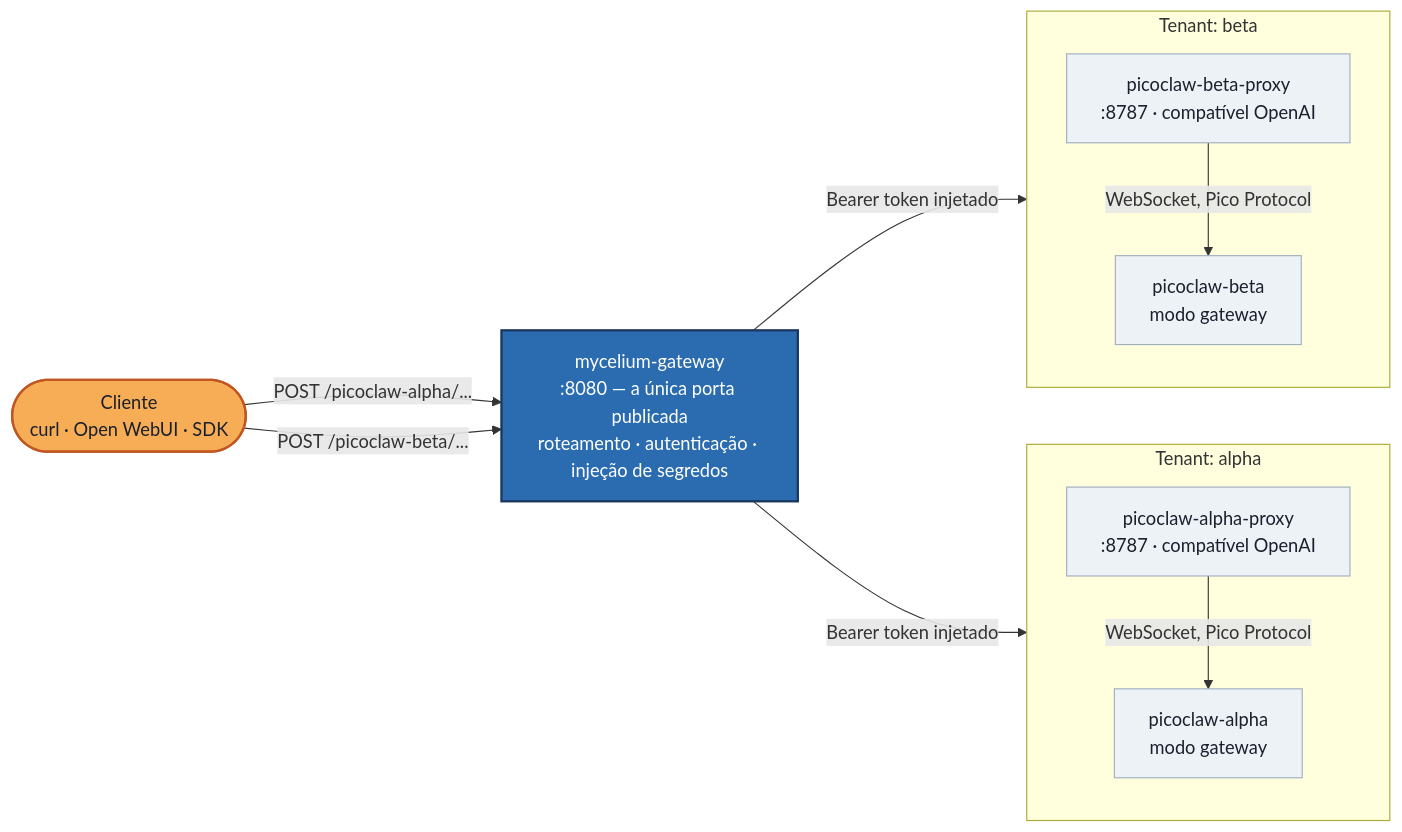
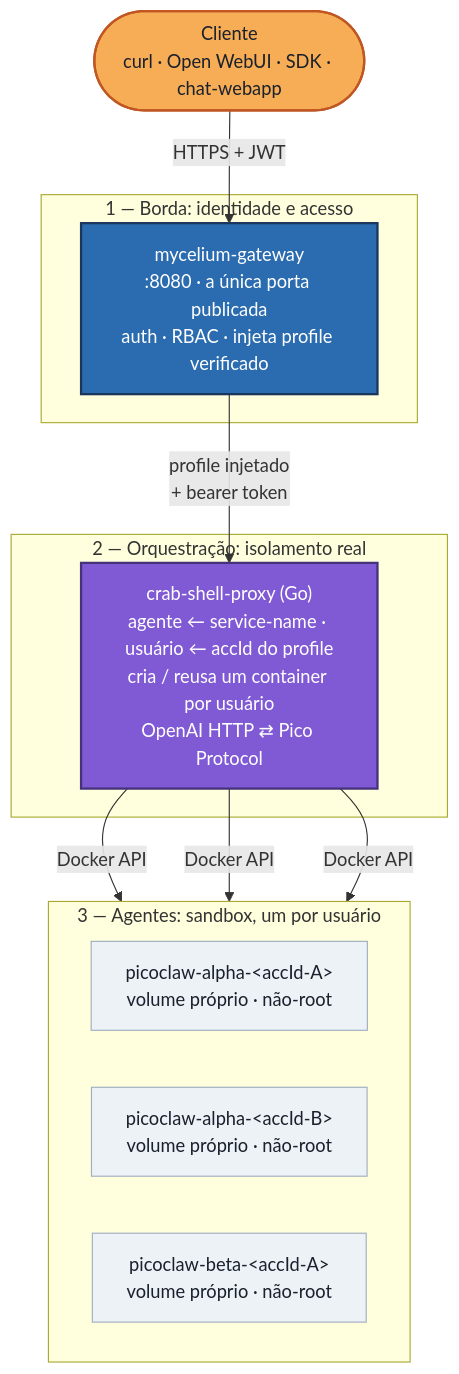
One commit to LepistaBioinformatics/zombie-crab-project changed the diagram in README.pt-br.md. Above: the diagram before and after it, drawn with Mermaid. The commit also changed other lines of this file and 1 other file, not shown here.

First line of the commit message:
Rewrite monorepo README around the three-layer structure and real isolation

````diff
--- a/README.pt-br.md
+++ b/README.pt-br.md
@@ -42,32 +42,34 @@
 ```mermaid
-flowchart LR
-    cliente(["Cliente<br/>curl · Open WebUI · SDK"])
+flowchart TB
+    client(["Cliente<br/>curl · Open WebUI · SDK · chat-webapp"])
 
-    myc["mycelium-gateway<br/>:8080 — a única porta publicada<br/>roteamento · autenticação · injeção de segredos"]
-
-    subgraph alpha [Tenant: alpha]
-        direction TB
-        proxyA["picoclaw-alpha-proxy<br/>:8787 · compatível OpenAI"]
-        pcA["picoclaw-alpha<br/>modo gateway"]
-        proxyA -->|WebSocket, Pico Protocol| pcA
+    subgraph edge [1 — Borda: identidade e acesso]
+        myc["mycelium-gateway<br/>:8080 · a única porta publicada<br/>auth · RBAC · injeta profile verificado"]
     end
 
-    subgraph beta [Tenant: beta]
-        direction TB
-        proxyB["picoclaw-beta-proxy<br/>:8787 · compatível OpenAI"]
-        pcB["picoclaw-beta<br/>modo gateway"]
-        proxyB -->|WebSocket, Pico Protocol| pcB
+    subgraph orch [2 — Orquestração: isolamento real]
+        crab["crab-shell-proxy (Go)<br/>agente ← service-name · usuário ← accId do profile<br/>cria / reusa um container por usuário<br/>OpenAI HTTP ⇄ Pico Protocol"]
     end
 
-    cliente -->|POST /picoclaw-alpha/...| myc
-    cliente -->|POST /picoclaw-beta/...| myc
-    myc -->|Bearer token injetado| proxyA
-    myc -->|Bearer token injetado| proxyB
+    subgraph agents [3 — Agentes: sandbox, um por usuário]
+        direction LR
+        u1["picoclaw-alpha-&lt;accId-A&gt;<br/>volume próprio · não-root"]
+        u2["picoclaw-alpha-&lt;accId-B&gt;<br/>volume próprio · não-root"]
+        u3["picoclaw-beta-&lt;accId-A&gt;<br/>volume próprio · não-root"]
+    end
 
-    classDef gateway fill:#2b6cb0,color:#ffffff,stroke:#1a365d,stroke-width:2px;
-    classDef clienteStyle fill:#f6ad55,color:#1a202c,stroke:#c05621,stroke-width:2px;
-    classDef tenant fill:#edf2f7,stroke:#a0aec0,color:#1a202c;
+    client -->|HTTPS + JWT| myc
+    myc -->|profile injetado<br/>+ bearer token| crab
+    crab -->|Docker API| u1
+    crab -->|Docker API| u2
+    crab -->|Docker API| u3
+
+    classDef gateway fill:#2b6cb0,color:#fff,stroke:#1a365d,stroke-width:2px;
+    classDef orchStyle fill:#805ad5,color:#fff,stroke:#44337a,stroke-width:2px;
+    classDef clientStyle fill:#f6ad55,color:#1a202c,stroke:#c05621,stroke-width:2px;
+    classDef agentStyle fill:#edf2f7,stroke:#a0aec0,color:#1a202c;
     class myc gateway;
-    class cliente clienteStyle;
-    class proxyA,pcA,proxyB,pcB tenant;
+    class crab orchStyle;
+    class client clientStyle;
+    class u1,u2,u3 agentStyle;
 ```
````
